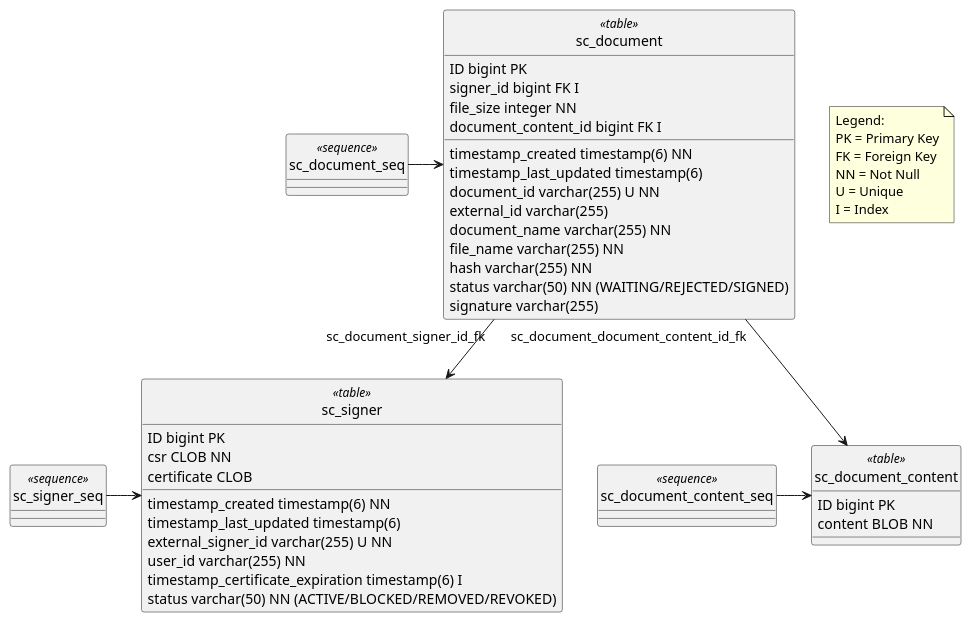
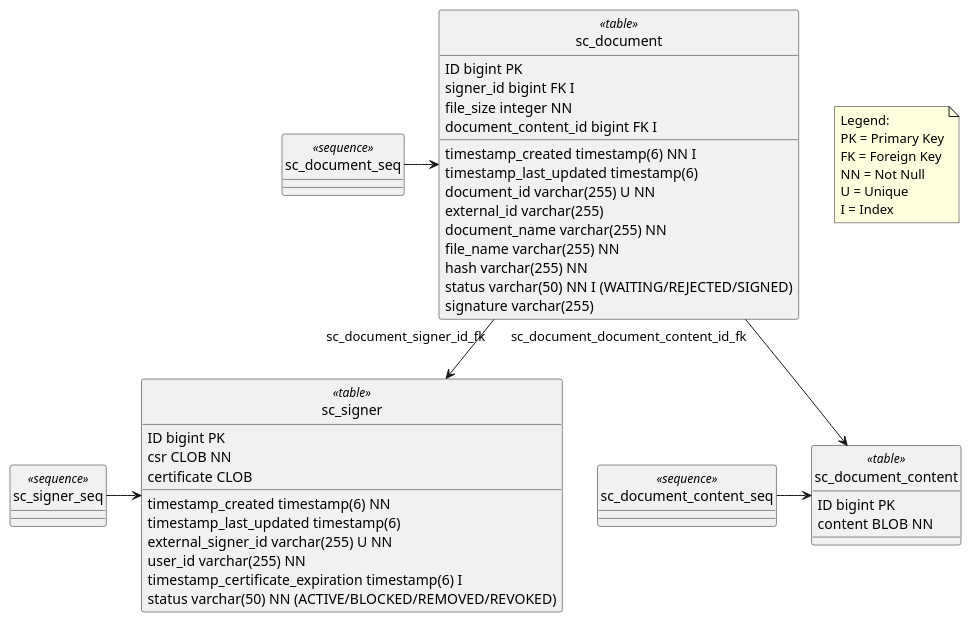
One commit to wultra/signer-cloud changed the diagram in docs-private/signer_cloud_server_database_schema.puml. Above: the diagram before and after it, drawn with PlantUML. The commit also changed 2 other files, not shown here.

```diff
--- a/docs-private/signer_cloud_server_database_schema.puml
+++ b/docs-private/signer_cloud_server_database_schema.puml
@@ -1,57 +1,57 @@
 @startuml
 hide circle
 
 class sc_signer <<table>>{
     ID bigint PK
     timestamp_created timestamp(6) NN
     timestamp_last_updated timestamp(6)
     external_signer_id varchar(255) U NN
     user_id varchar(255) NN
     csr CLOB NN
     certificate CLOB
     timestamp_certificate_expiration timestamp(6) I
     status varchar(50) NN (ACTIVE/BLOCKED/REMOVED/REVOKED)
 }
 
 class sc_document <<table>> {
     ID bigint PK
-    timestamp_created timestamp(6) NN
+    timestamp_created timestamp(6) NN I
     timestamp_last_updated timestamp(6)
     document_id varchar(255) U NN
     signer_id bigint FK I
     external_id varchar(255)
     document_name varchar(255) NN
     file_name varchar(255) NN
     file_size integer NN
     document_content_id bigint FK I
     hash varchar(255) NN
-    status varchar(50) NN (WAITING/REJECTED/SIGNED)
+    status varchar(50) NN I (WAITING/REJECTED/SIGNED)
     signature varchar(255)
 }
 
 class sc_document_content <<table>>{
     ID bigint PK
     content BLOB NN
 }
 
 class sc_signer_seq <<sequence>>
 class sc_document_seq <<sequence>>
 class sc_document_content_seq <<sequence>>
 
 sc_signer_seq -> sc_signer
 sc_document_seq -> sc_document
 sc_document_content_seq -> sc_document_content
 
 sc_document "sc_document_signer_id_fk" --> sc_signer
 sc_document "sc_document_document_content_id_fk" --> sc_document_content
 
 note as note1
 Legend:
 PK = Primary Key
 FK = Foreign Key
 NN = Not Null
 U = Unique
 I = Index
 end note
 
 @enduml
```
